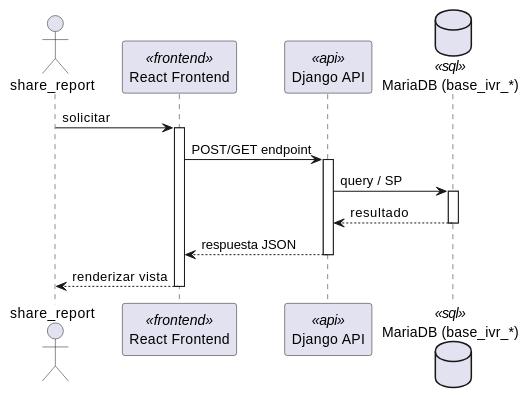
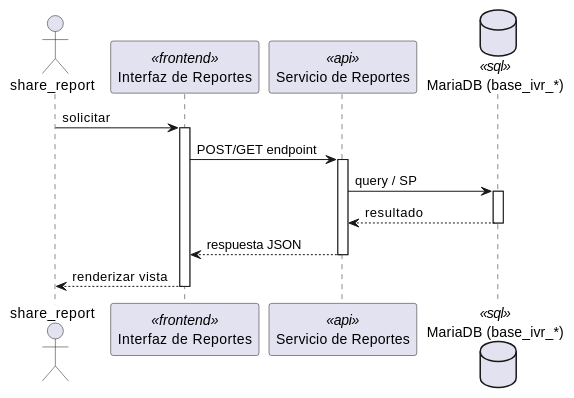
Before and after one commit to jcg-admin/IACT-docs: the first of 2 diagrams in source/arquitectura-tecnica/DesignView/rpt-11.rst, drawn with PlantUML. The commit also changed other lines of this file and 243 other files, not shown here.

First line of the commit message:
Add missing diagrams and fix participant names across Kruchten views

```diff
--- a/source/arquitectura-tecnica/DesignView/rpt-11.rst
+++ b/source/arquitectura-tecnica/DesignView/rpt-11.rst
@@ -22,28 +22,28 @@
 .. uml::
  :caption: UC_RPT_11 — Design View (secuencia)
 
  @startuml
 
  actor "share_report" as share_report
- participant "React Frontend" as Frontend <<frontend>>
- participant "Django API" as APIServer <<api>>
- database "MariaDB (base_ivr_*)" as BaseDatos <<sql>>
+ participant "Interfaz de Reportes" as Iface <<frontend>>
+ participant "Servicio de Reportes" as SvcNode <<api>>
+ database "MariaDB (base_ivr_*)" as Store <<sql>>
 
- share_report -> Frontend : solicitar
- activate Frontend
+ share_report -> Iface : solicitar
+ activate Iface
 
- Frontend -> APIServer : POST/GET endpoint
- activate APIServer
+ Iface -> SvcNode : POST/GET endpoint
+ activate SvcNode
 
- APIServer -> BaseDatos : query / SP
- activate BaseDatos
- BaseDatos --> APIServer : resultado
- deactivate BaseDatos
+ SvcNode -> Store : query / SP
+ activate Store
+ Store --> SvcNode : resultado
+ deactivate Store
 
- APIServer --> Frontend : respuesta JSON
- deactivate APIServer
+ SvcNode --> Iface : respuesta JSON
+ deactivate SvcNode
 
- Frontend --> share_report : renderizar vista
- deactivate Frontend
+ Iface --> share_report : renderizar vista
+ deactivate Iface
 
  @enduml
```
